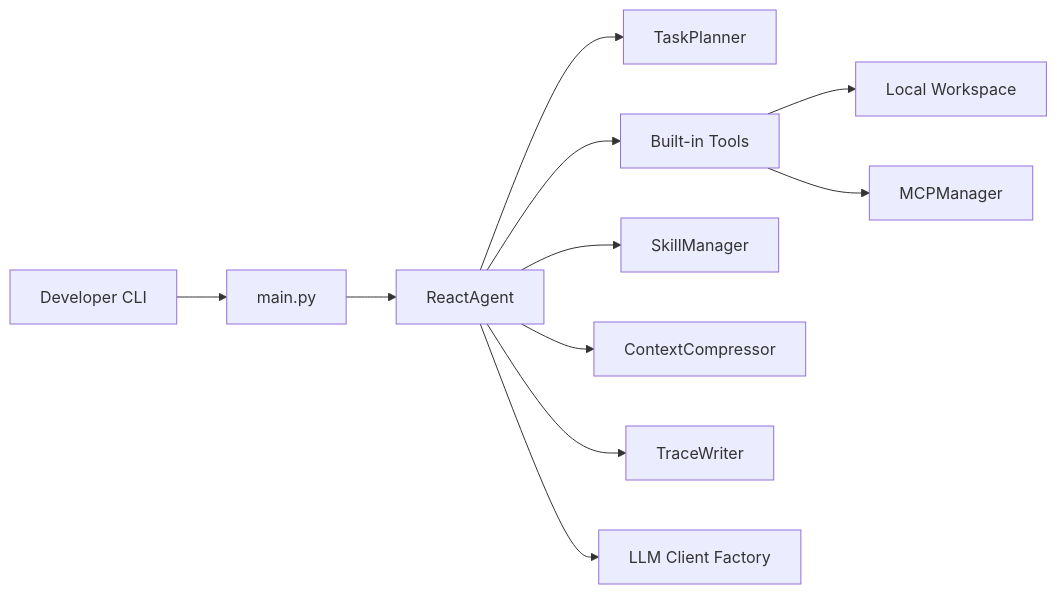
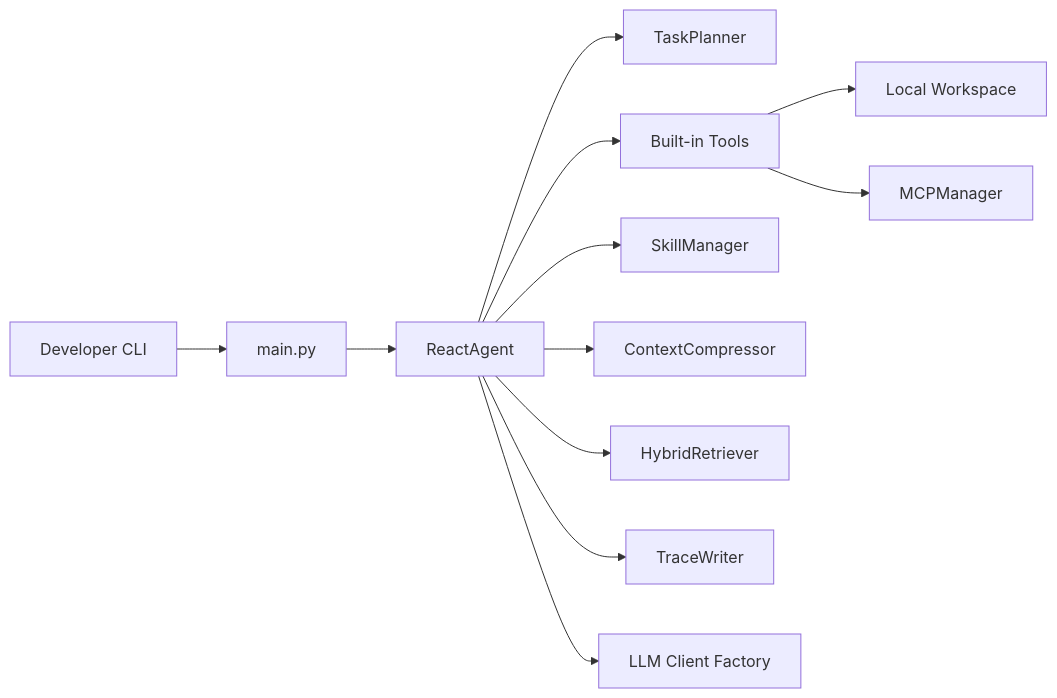
The diagram in README_EN.md (hwfengcs/DM-Code-Agent), drawn with Mermaid before and after one commit. The commit also changed other lines of this file and 12 other files, not shown here.

````diff
--- a/README_EN.md
+++ b/README_EN.md
@@ -182,13 +213,14 @@
 ```mermaid
 flowchart LR
     User[Developer CLI] --> Main[main.py]
     Main --> Agent[ReactAgent]
     Agent --> Planner[TaskPlanner]
     Agent --> Tools[Built-in Tools]
     Agent --> Skills[SkillManager]
     Agent --> Memory[ContextCompressor]
+    Agent --> Retrieval[HybridRetriever]
     Agent --> Trace[TraceWriter]
     Tools --> Workspace[Local Workspace]
     Tools --> MCP[MCPManager]
     Agent --> LLM[LLM Client Factory]
 ```
````
